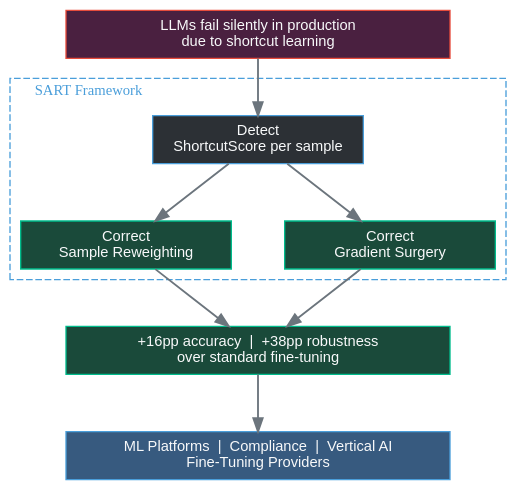
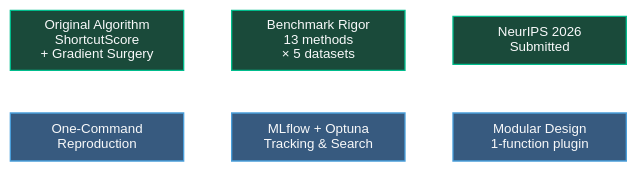
One commit to HongyuCao3/short-cut-aware-data-centric-reasoning changed the third of 3 diagrams in docs/investor_story.qmd. Above: the diagram before and after it, drawn with Graphviz. The commit also changed other lines of this file and 6 other files, not shown here.

````diff
--- a/docs/investor_story.qmd
+++ b/docs/investor_story.qmd
@@ -10,42 +106,30 @@
 ```{dot}
-//| label: fig-investor-overview
-//| fig-cap: "From research breakthrough to deployable product"
-//| fig-width: 7.5
-//| fig-height: 4
+//| label: fig-execution-stack
+//| fig-cap: "Production-grade infrastructure, not notebook code"
+//| fig-width: 6
+//| fig-height: 3.5
 digraph G {
   bgcolor="transparent"
   rankdir=TB
-  graph [ranksep=0.6, nodesep=0.55]
+  graph [ranksep=0.45, nodesep=0.5]
   node [style=filled, fillcolor="#2c3035", color="#4a9eda",
-        fontcolor="#f8f9fa", fontname="Arial", fontsize=11,
-        shape=box, width=2.2, height=0.5, margin="0.15,0.08"]
-  edge [color="#6c757d", penwidth=1.4]
+        fontcolor="#f8f9fa", fontname="Arial", fontsize=10,
+        shape=box, width=1.8, height=0.5, margin="0.12,0.08"]
+  edge [style=invis]
 
-  Problem [label="LLMs fail silently in production\ndue to shortcut learning", fillcolor="#4a2040", color="#e74c3c", width=4]
+  A [label="Original Algorithm\nShortcutScore\n+ Gradient Surgery", fillcolor="#1a4a3a", color="#00bc8c"]
+  B [label="Benchmark Rigor\n13 methods\n× 5 datasets", fillcolor="#1a4a3a", color="#00bc8c"]
+  C [label="NeurIPS 2026\nSubmitted", fillcolor="#1a4a3a", color="#00bc8c"]
 
-  subgraph cluster_solution {
-    label="  SART Framework"
-    labeljust=l
-    fontcolor="#4a9eda"
-    fontname="Arial Bold"
-    fontsize=11
-    color="#4a9eda"
-    style=dashed
+  D [label="One-Command\nReproduction", fillcolor="#375a7f"]
+  E [label="MLflow + Optuna\nTracking & Search", fillcolor="#375a7f"]
+  F [label="Modular Design\n1-function plugin", fillcolor="#375a7f"]
 
-    Detect [label="Detect\nShortcutScore per sample"]
-    Fix1 [label="Correct\nSample Reweighting", fillcolor="#1a4a3a", color="#00bc8c"]
-    Fix2 [label="Correct\nGradient Surgery", fillcolor="#1a4a3a", color="#00bc8c"]
-  }
+  { rank=same; A; B; C }
+  { rank=same; D; E; F }
 
-  Result [label="+16pp accuracy  |  +38pp robustness\nover standard fine-tuning", fillcolor="#1a4a3a", color="#00bc8c", width=4]
-
-  Market [label="ML Platforms  |  Compliance  |  Vertical AI\nFine-Tuning Providers", fillcolor="#375a7f", width=4]
-
-  Problem -> Detect
-  Detect -> Fix1
-  Detect -> Fix2
-  Fix1 -> Result
-  Fix2 -> Result
-  Result -> Market
+  A -> D
+  B -> E
+  C -> F
 }
 ```
````
